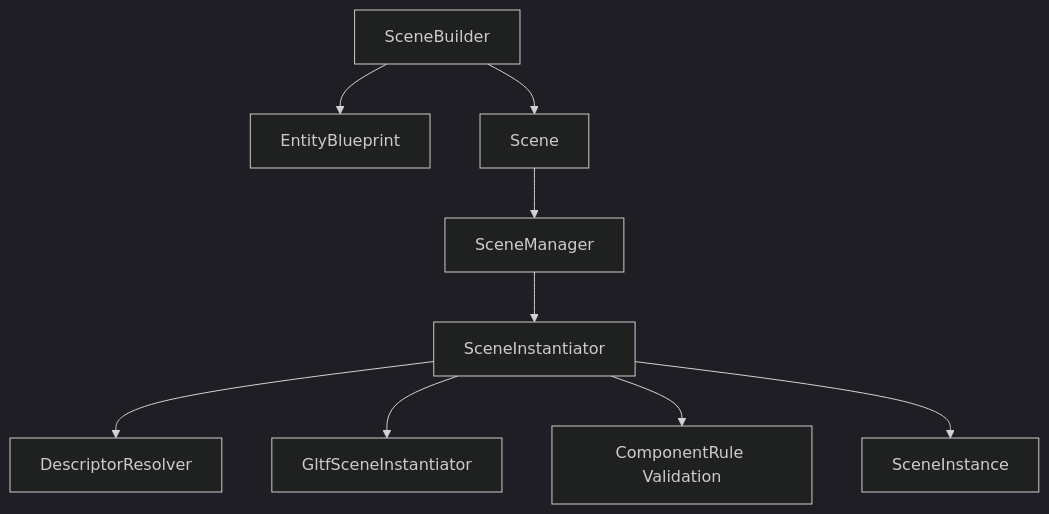
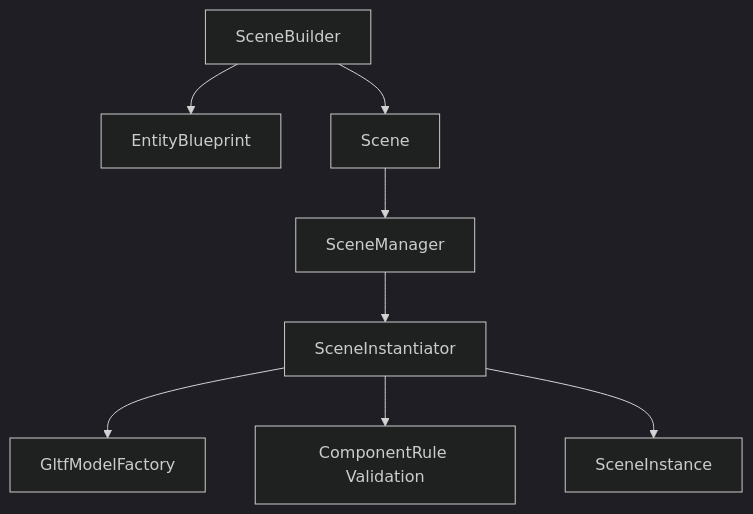
Before and after one commit to Chapslock/neon-racer: the fourth of 9 diagrams in README.md, drawn with Mermaid (dark theme). The commit also changed other lines of this file, not shown here.

Commit message:
docs: update README with refactored architecture diagrams

````diff
--- a/README.md
+++ b/README.md
@@ -69,11 +71,10 @@
 ```mermaid
 graph TD
     SB[SceneBuilder] --> BP[EntityBlueprint]
     SB --> SC[Scene]
     SC --> SM[SceneManager]
     SM --> SI[SceneInstantiator]
-    SI --> DR[DescriptorResolver]
-    SI --> GI[GltfSceneInstantiator]
+    SI --> GMF[GltfModelFactory]
     SI --> VAL[ComponentRule Validation]
     SI --> INST[SceneInstance]
 ```
````
